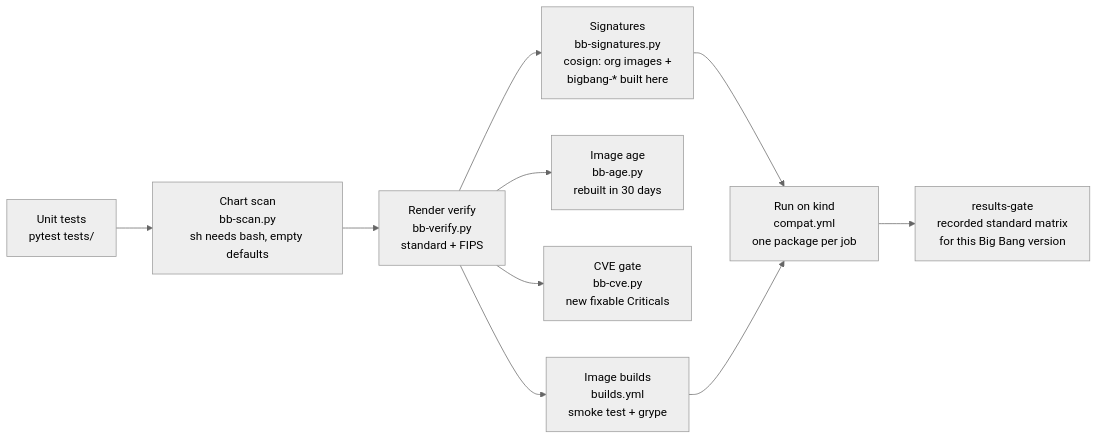
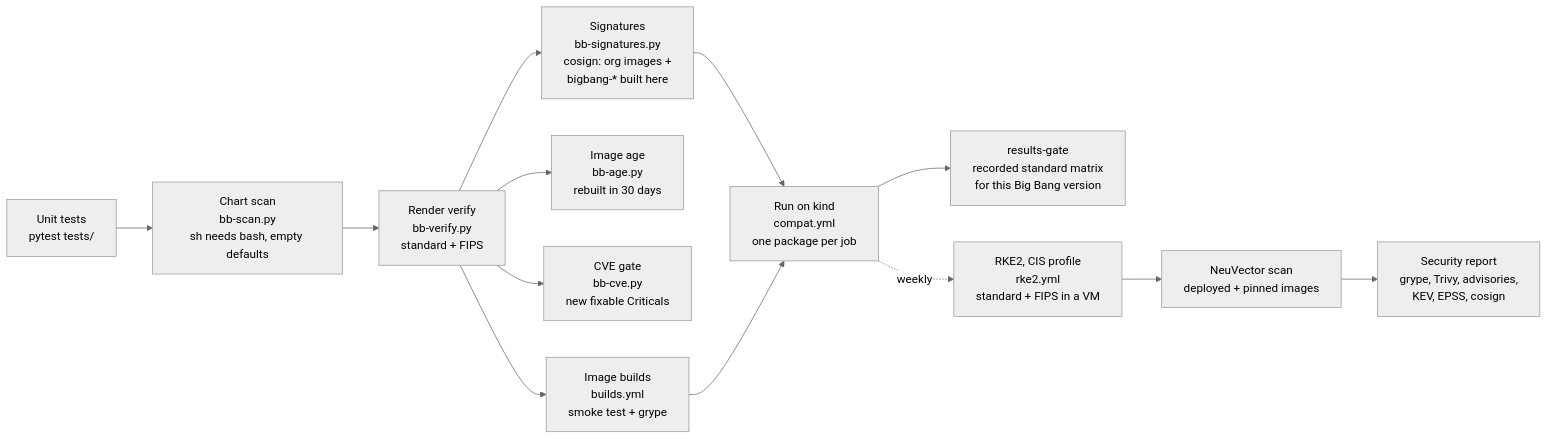
The first of 4 diagrams in docs/testing.md (Zapata-Technology/bigbang-chainguard), drawn with Mermaid (neutral theme) before and after one commit. The commit also changed other lines of this file and 4 other files, not shown here.

First line of the commit message:
docs: security report diagrams, report_from_run, 2026-11-25 results (#358)

````diff
--- a/docs/testing.md
+++ b/docs/testing.md
@@ -7,12 +7,15 @@
 ```mermaid
 flowchart LR
     U[Unit tests<br/>pytest tests/] --> SC[Chart scan<br/>bb-scan.py<br/>sh needs bash, empty defaults]
     SC --> V[Render verify<br/>bb-verify.py<br/>standard + FIPS]
     V --> S[Signatures<br/>bb-signatures.py<br/>cosign: org images +<br/>bigbang-* built here]
     V --> AG[Image age<br/>bb-age.py<br/>rebuilt in 30 days]
     V --> CV[CVE gate<br/>bb-cve.py<br/>new fixable Criticals]
     V --> B[Image builds<br/>builds.yml<br/>smoke test + grype]
     S --> C[Run on kind<br/>compat.yml<br/>one package per job]
     B --> C
     C --> RG[results-gate<br/>recorded standard matrix<br/>for this Big Bang version]
+    C -.weekly.-> RK[RKE2, CIS profile<br/>rke2.yml<br/>standard + FIPS in a VM]
+    RK --> NV[NeuVector scan<br/>deployed + pinned images]
+    NV --> SR[Security report<br/>grype, Trivy, advisories,<br/>KEV, EPSS, cosign]
 ```
````
